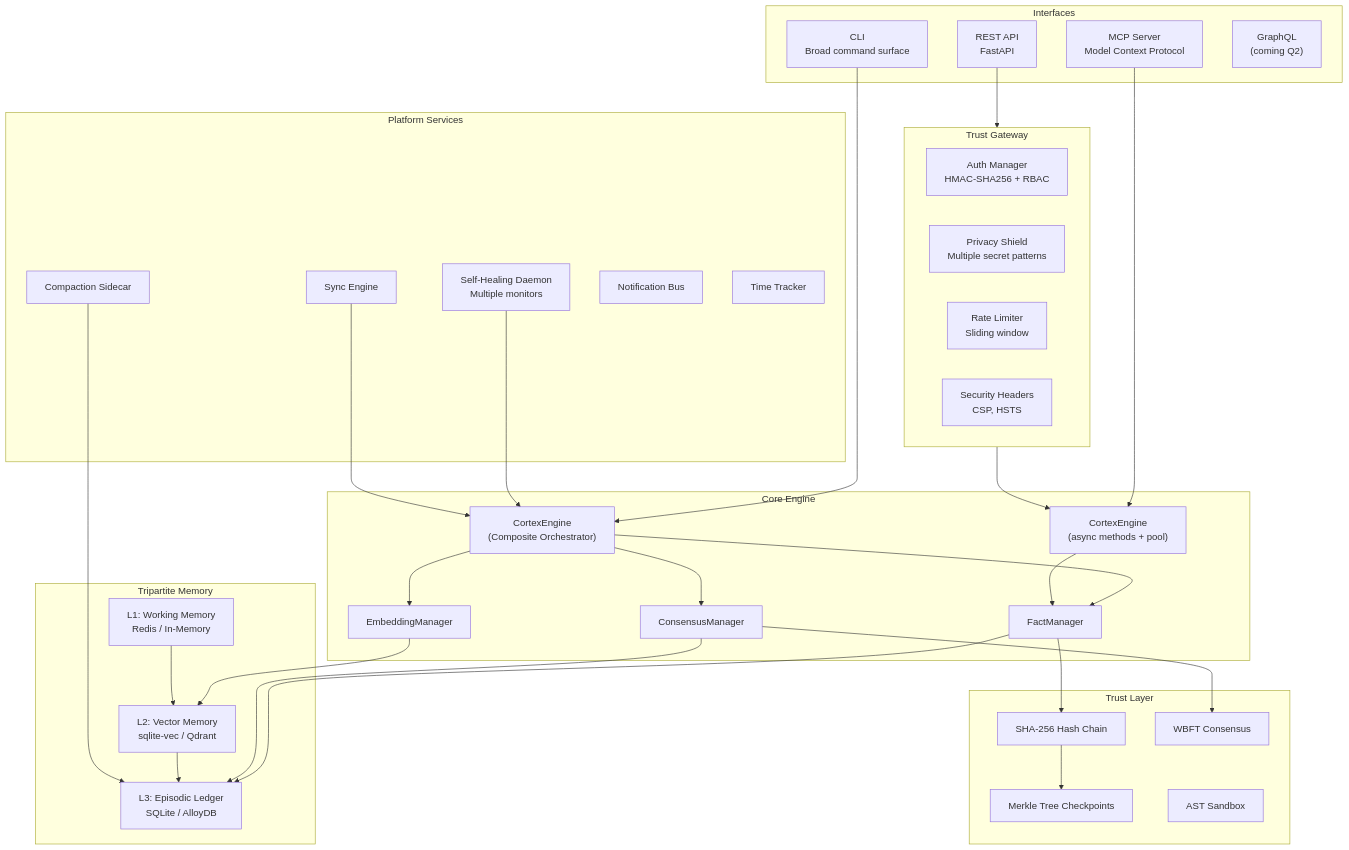
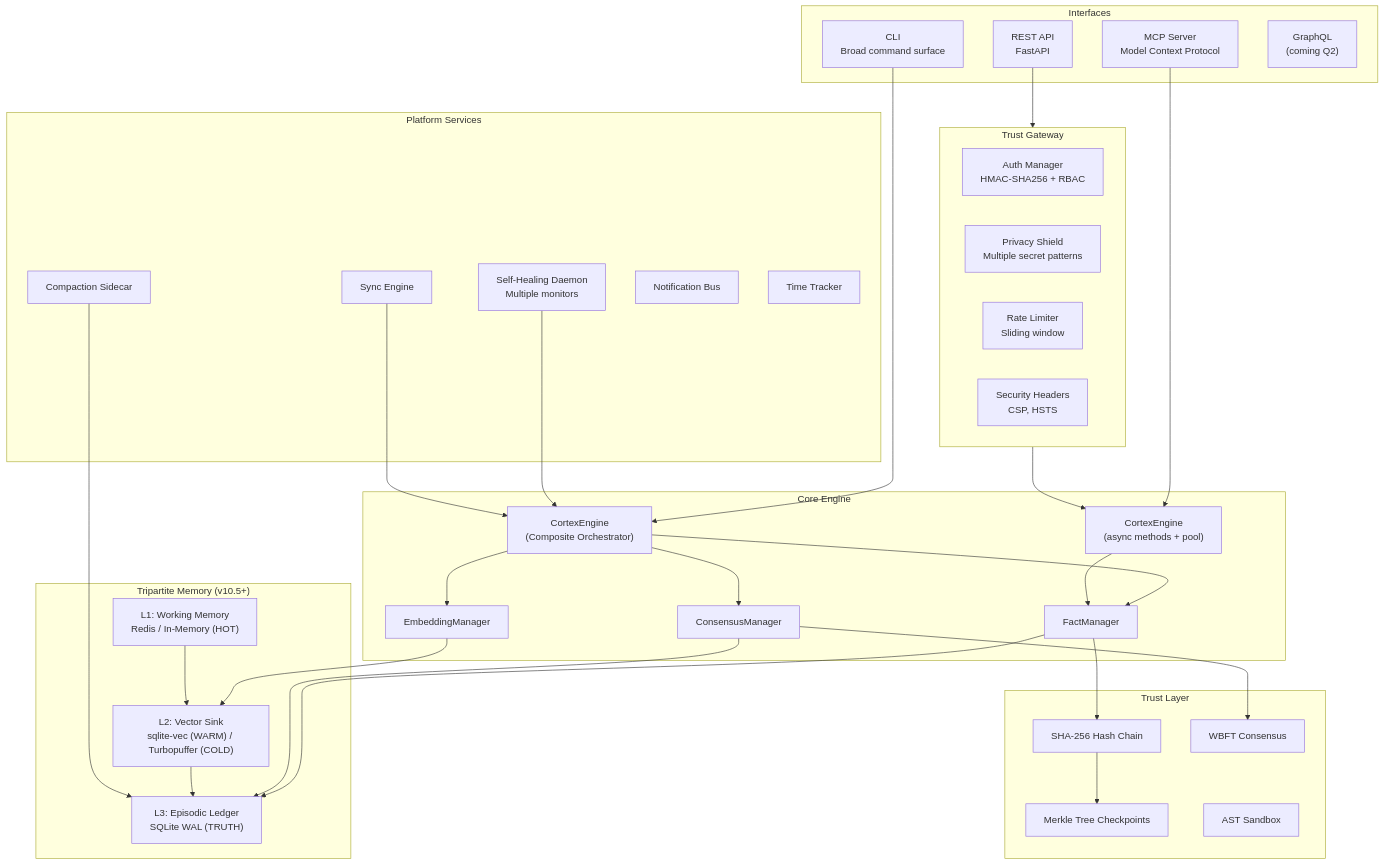
Before and after one commit to borjamoskv/babylon-60: the first of 5 diagrams in docs/architecture/ARCHITECTURE.md, drawn with Mermaid. The commit also changed other lines of this file, not shown here.

````diff
--- a/docs/architecture/ARCHITECTURE.md
+++ b/docs/architecture/ARCHITECTURE.md
@@ -25,67 +25,67 @@
 ```mermaid
 graph TB
     subgraph Interfaces
         CLI["CLI<br/>Broad command surface"]
         API["REST API<br/>FastAPI"]
         MCP["MCP Server<br/>Model Context Protocol"]
         GraphQL["GraphQL<br/>(coming Q2)"]
     end
 
     subgraph Gateway["Trust Gateway"]
         Auth["Auth Manager<br/>HMAC-SHA256 + RBAC"]
         Privacy["Privacy Shield<br/>Multiple secret patterns"]
         RateLimit["Rate Limiter<br/>Sliding window"]
         Security["Security Headers<br/>CSP, HSTS"]
     end
 
     subgraph Engine["Core Engine"]
         CortexEngine["CortexEngine<br/>(Composite Orchestrator)"]
         AsyncEngine["CortexEngine<br/>(async methods + pool)"]
         FactManager["FactManager"]
         EmbeddingManager["EmbeddingManager"]
         ConsensusManager["ConsensusManager"]
     end
 
-    subgraph Memory["Tripartite Memory"]
-        L1["L1: Working Memory<br/>Redis / In-Memory"]
-        L2["L2: Vector Memory<br/>sqlite-vec / Qdrant"]
-        L3["L3: Episodic Ledger<br/>SQLite / AlloyDB"]
+    subgraph Memory["Tripartite Memory (v10.5+)"]
+        L1["L1: Working Memory<br/>Redis / In-Memory (HOT)"]
+        L2["L2: Vector Sink<br/>sqlite-vec (WARM) / Turbopuffer (COLD)"]
+        L3["L3: Episodic Ledger<br/>SQLite WAL (TRUTH)"]
     end
 
     subgraph Trust["Trust Layer"]
         Ledger["SHA-256 Hash Chain"]
         Merkle["Merkle Tree Checkpoints"]
         Consensus["WBFT Consensus"]
         Sandbox["AST Sandbox"]
     end
 
     subgraph Services["Platform Services"]
         Daemon["Self-Healing Daemon<br/>Multiple monitors"]
         Compactor["Compaction Sidecar"]
         Sync["Sync Engine"]
         Notifications["Notification Bus"]
         Timing["Time Tracker"]
     end
 
     CLI --> CortexEngine
     API --> Gateway --> AsyncEngine
     MCP --> AsyncEngine
 
     CortexEngine --> FactManager
     CortexEngine --> EmbeddingManager
     CortexEngine --> ConsensusManager
     AsyncEngine --> FactManager
 
     FactManager --> L3
     EmbeddingManager --> L2
     ConsensusManager --> L3
     L1 --> L2 --> L3
 
     FactManager --> Ledger
     Ledger --> Merkle
     ConsensusManager --> Consensus
 
     Daemon --> CortexEngine
     Compactor --> L3
     Sync --> CortexEngine
 ```
````
